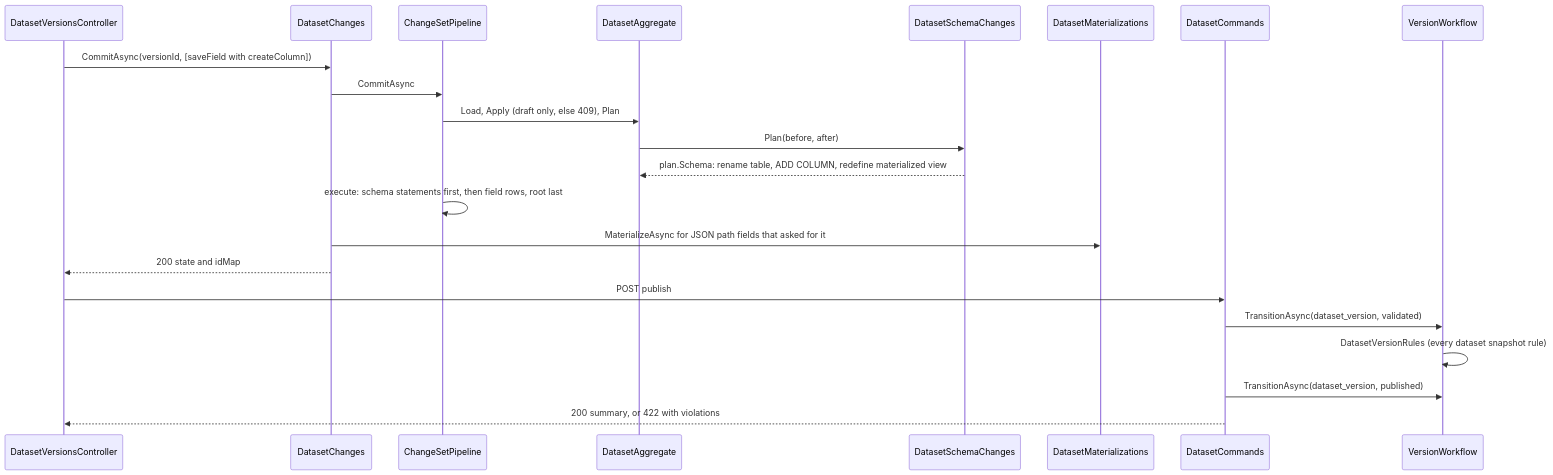
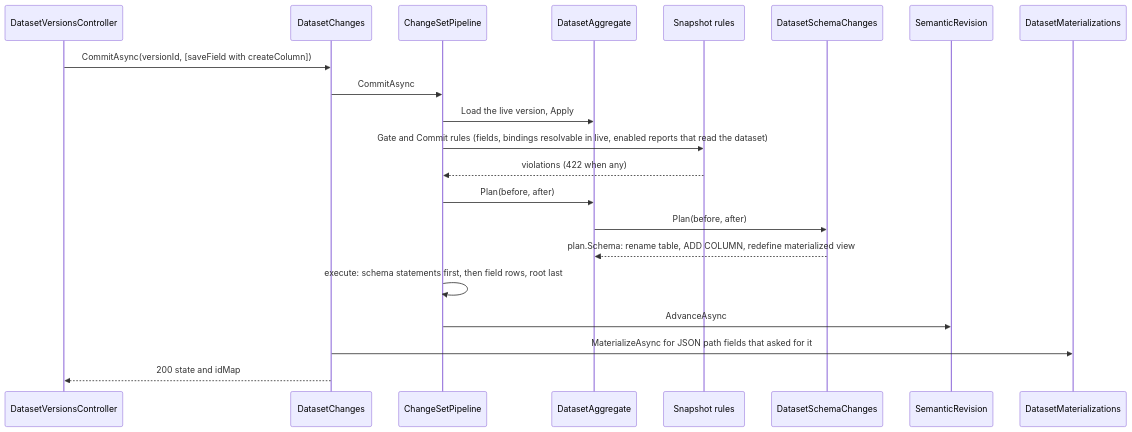
The second of 6 diagrams in api/docs/architecture/06-key-actions.md (chrisaliotta/Quantalytix.QueryEngine.Admin), drawn with Mermaid before and after one commit. The commit also changed other lines of this file and 504 other files, not shown here.

First line of the commit message:
refactor(api/docs): update architecture documentation to reflect snapshot lifecycle changes

````diff
--- a/api/docs/architecture/06-key-actions.md
+++ b/api/docs/architecture/06-key-actions.md
@@ -49,24 +49,23 @@
 ```mermaid
 sequenceDiagram
     participant Ctl as DatasetVersionsController
     participant Ch as DatasetChanges
     participant P as ChangeSetPipeline
     participant Agg as DatasetAggregate
+    participant Rules as Snapshot rules
     participant Ddl as DatasetSchemaChanges
+    participant Rev as SemanticRevision
     participant Mat as DatasetMaterializations
-    participant Cmd as DatasetCommands
-    participant Wf as VersionWorkflow
     Ctl->>Ch: CommitAsync(versionId, [saveField with createColumn])
     Ch->>P: CommitAsync
-    P->>Agg: Load, Apply (draft only, else 409), Plan
+    P->>Agg: Load the live version, Apply
+    P->>Rules: Gate and Commit rules (fields, bindings resolvable in live, enabled reports that read the dataset)
+    Rules-->>P: violations (422 when any)
+    P->>Agg: Plan(before, after)
     Agg->>Ddl: Plan(before, after)
     Ddl-->>Agg: plan.Schema: rename table, ADD COLUMN, redefine materialized view
     P->>P: execute: schema statements first, then field rows, root last
+    P->>Rev: AdvanceAsync
     Ch->>Mat: MaterializeAsync for JSON path fields that asked for it
     Ch-->>Ctl: 200 state and idMap
-    Ctl->>Cmd: POST publish
-    Cmd->>Wf: TransitionAsync(dataset_version, validated)
-    Wf->>Wf: DatasetVersionRules (every dataset snapshot rule)
-    Cmd->>Wf: TransitionAsync(dataset_version, published)
-    Cmd-->>Ctl: 200 summary, or 422 with violations
 ```
````
